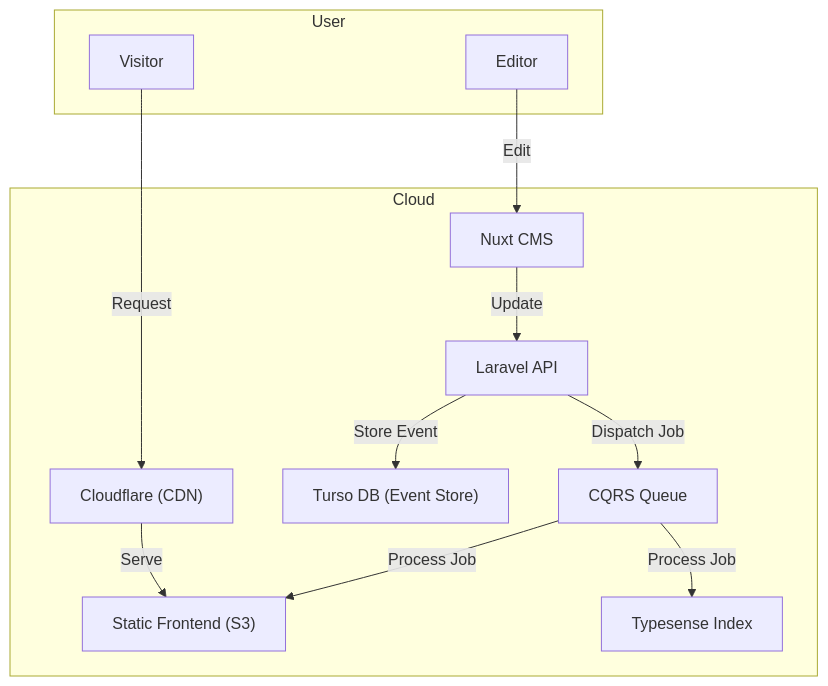
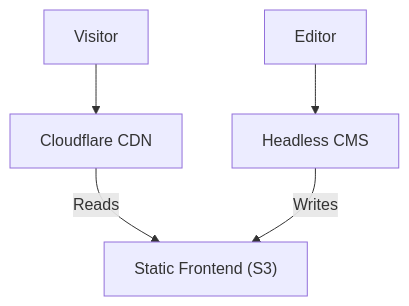
The first of 4 diagrams in slides.md (daim-dev/pitch), drawn with Mermaid before and after one commit. The commit also changed other lines of this file, not shown here.

Commit message:
fix(architecture): add simple overview diagram

````diff
--- a/slides.md
+++ b/slides.md
@@ -165,27 +165,8 @@
 ```mermaid
 graph TD
-    subgraph "User"
-        Visitor
-        Editor
-    end
-
-    subgraph "Cloud"
-        Cloudflare["Cloudflare (CDN)"]
-        S3["Static Frontend (S3)"]
-        CMS["Nuxt CMS"]
-        API["Laravel API"]
-        DB["Turso DB (Event Store)"]
-        Queue["CQRS Queue"]
-        Search["Typesense Index"]
-    end
-
-    Visitor -- "Request" --> Cloudflare
-    Cloudflare -- "Serve" --> S3
-
-    Editor -- "Edit" --> CMS
-    CMS -- "Update" --> API
-    API -- "Store Event" --> DB
-    API -- "Dispatch Job" --> Queue
-    Queue -- "Process Job" --> S3
-    Queue -- "Process Job" --> Search
+    Visitor --> CDN["Cloudflare CDN"];
+    CDN -- "Reads" --> Frontend["Static Frontend (S3)"];
+    
+    Editor --> CMS["Headless CMS"];
+    CMS -- "Writes" --> Frontend;
 ```
````
